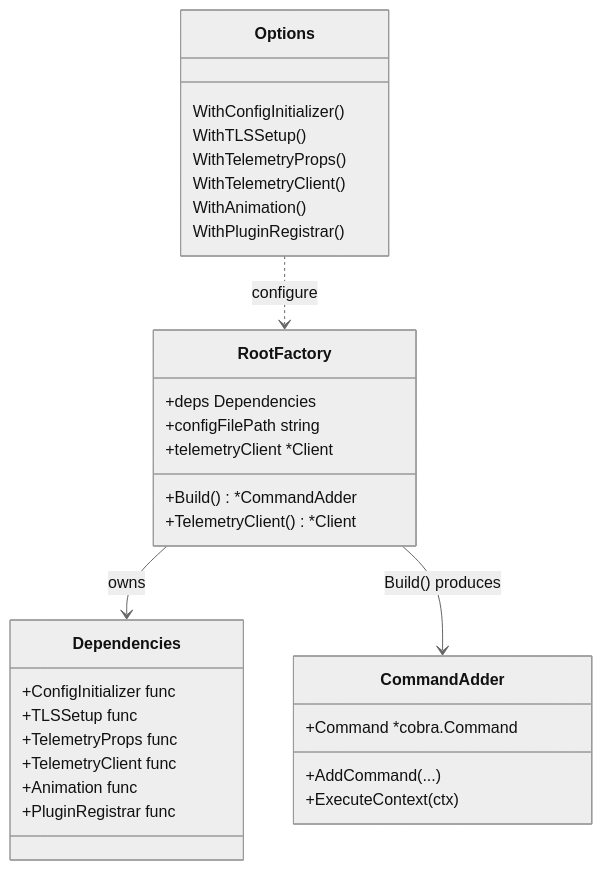
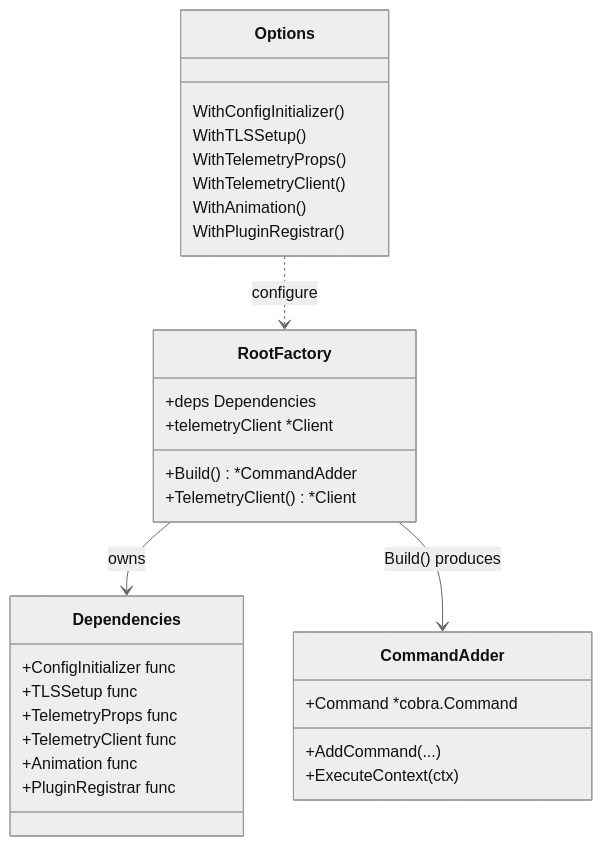
One commit to datarobot-oss/cli changed the first of 3 diagrams in docs/development/root-factory.md. Above: the diagram before and after it, drawn with Mermaid (neutral theme). The commit also changed other lines of this file and 1 other file, not shown here.

First line of the commit message:
refactor(cmd): drop dead configFilePath plumbing from RootFactory

````diff
--- a/docs/development/root-factory.md
+++ b/docs/development/root-factory.md
@@ -17,38 +17,37 @@
 ```mermaid
 classDiagram
     class RootFactory {
         +deps Dependencies
-        +configFilePath string
         +telemetryClient *Client
         +Build() *CommandAdder
         +TelemetryClient() *Client
     }
 
     class Dependencies {
         +ConfigInitializer func
         +TLSSetup func
         +TelemetryProps func
         +TelemetryClient func
         +Animation func
         +PluginRegistrar func
     }
 
     class CommandAdder {
         +Command *cobra.Command
         +AddCommand(...)
         +ExecuteContext(ctx)
     }
 
     class Options {
         WithConfigInitializer()
         WithTLSSetup()
         WithTelemetryProps()
         WithTelemetryClient()
         WithAnimation()
         WithPluginRegistrar()
     }
 
     RootFactory --> Dependencies : owns
     RootFactory --> CommandAdder : Build() produces
     Options ..> RootFactory : configure
 ```
````
